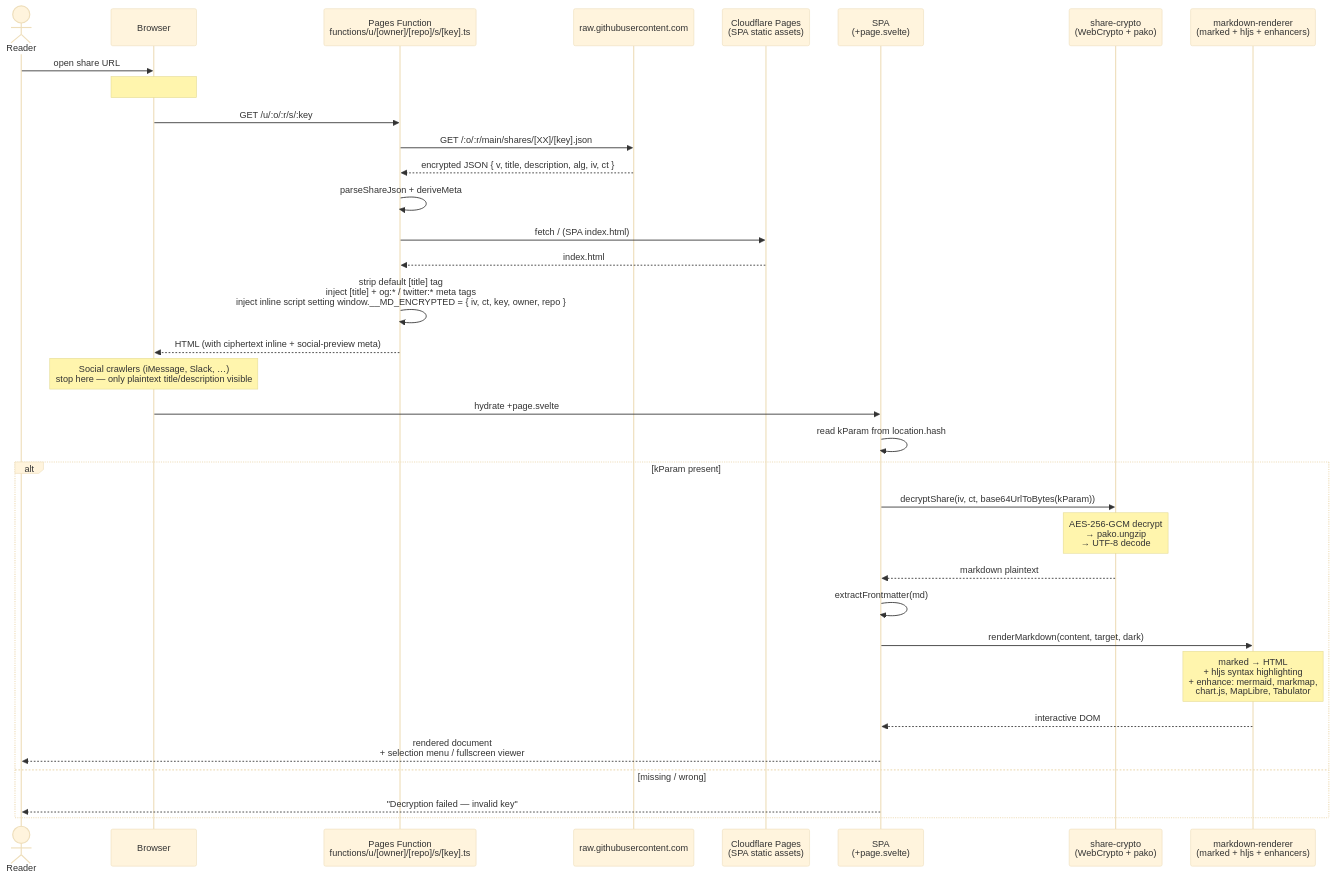
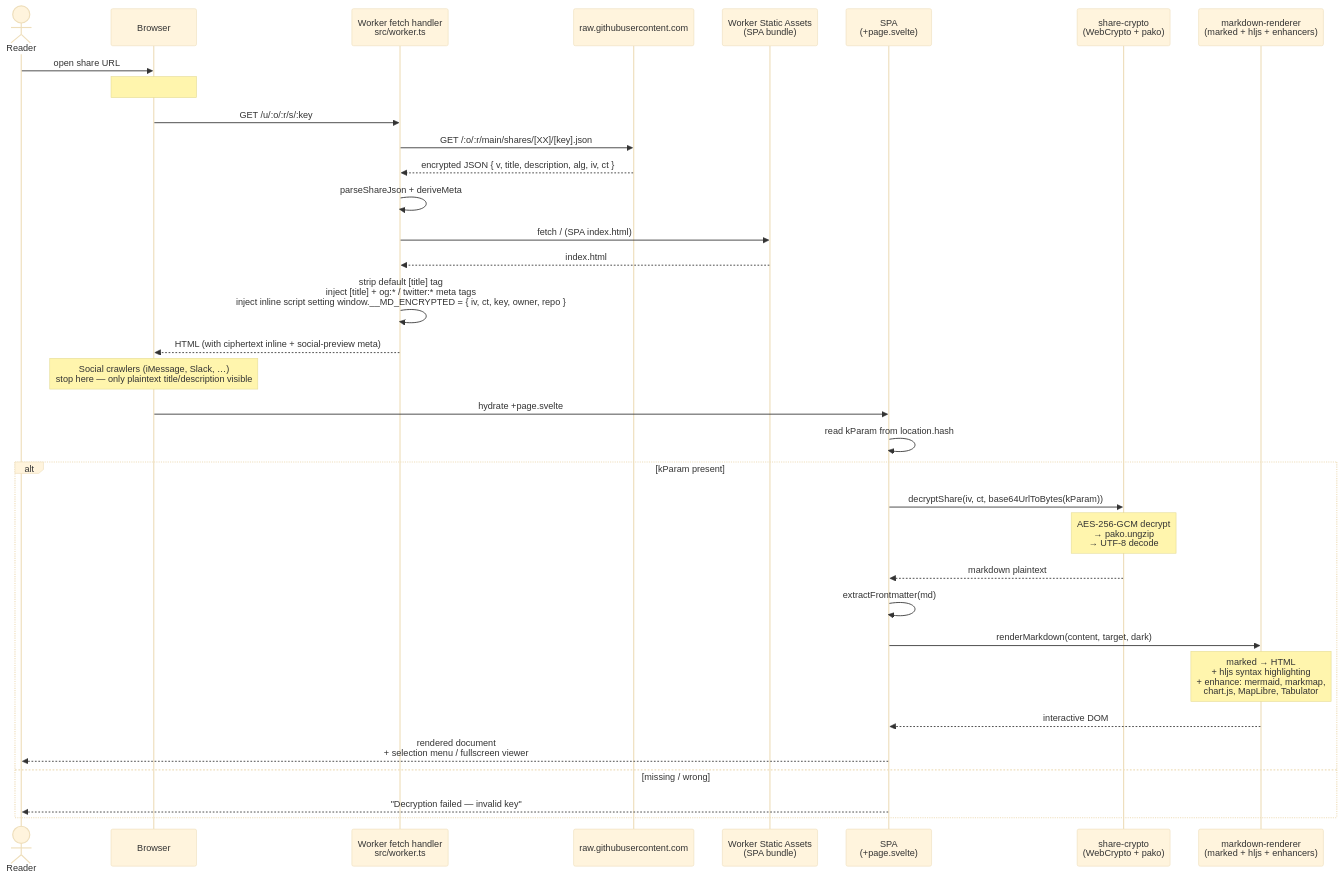
One commit to alankyshum/md-share changed the third of 5 diagrams in README.md. Above: the diagram before and after it, drawn with Mermaid (base theme). The commit also changed other lines of this file and 6 other files, not shown here.

````diff
--- a/README.md
+++ b/README.md
@@ -169,40 +169,40 @@
 ```mermaid
 sequenceDiagram
     actor Reader
     participant Browser
-    participant PF as Pages Function<br/>functions/u/[owner]/[repo]/s/[key].ts
+    participant PF as Worker fetch handler<br/>src/worker.ts
     participant GHraw as raw.githubusercontent.com
-    participant Assets as Cloudflare Pages<br/>(SPA static assets)
+    participant Assets as Worker Static Assets<br/>(SPA bundle)
     participant SPA as SPA<br/>(+page.svelte)
     participant Crypto as share-crypto<br/>(WebCrypto + pako)
     participant Renderer as markdown-renderer<br/>(marked + hljs + enhancers)
 
     Reader->>Browser: open share URL
     Note over Browser: #k=… stays client-side<br/>(fragment never sent on the wire)
     Browser->>PF: GET /u/:o/:r/s/:key
 
     PF->>GHraw: GET /:o/:r/main/shares/[XX]/[key].json
     GHraw-->>PF: encrypted JSON { v, title, description, alg, iv, ct }
     PF->>PF: parseShareJson + deriveMeta
     PF->>Assets: fetch / (SPA index.html)
     Assets-->>PF: index.html
     PF->>PF: strip default [title] tag<br/>inject [title] + og:* / twitter:* meta tags<br/>inject inline script setting window.__MD_ENCRYPTED = { iv, ct, key, owner, repo }
     PF-->>Browser: HTML (with ciphertext inline + social-preview meta)
 
     Note over Browser: Social crawlers (iMessage, Slack, …)<br/>stop here — only plaintext title/description visible
 
     Browser->>SPA: hydrate +page.svelte
     SPA->>SPA: read kParam from location.hash
     alt kParam present
         SPA->>Crypto: decryptShare(iv, ct, base64UrlToBytes(kParam))
         Note over Crypto: AES-256-GCM decrypt<br/>→ pako.ungzip<br/>→ UTF-8 decode
         Crypto-->>SPA: markdown plaintext
         SPA->>SPA: extractFrontmatter(md)
         SPA->>Renderer: renderMarkdown(content, target, dark)
         Note over Renderer: marked → HTML<br/>+ hljs syntax highlighting<br/>+ enhance: mermaid, markmap,<br/>  chart.js, MapLibre, Tabulator
         Renderer-->>SPA: interactive DOM
         SPA-->>Reader: rendered document<br/>+ selection menu / fullscreen viewer
     else missing / wrong #k=
         SPA-->>Reader: "Decryption failed — invalid key"
     end
 ```
````
